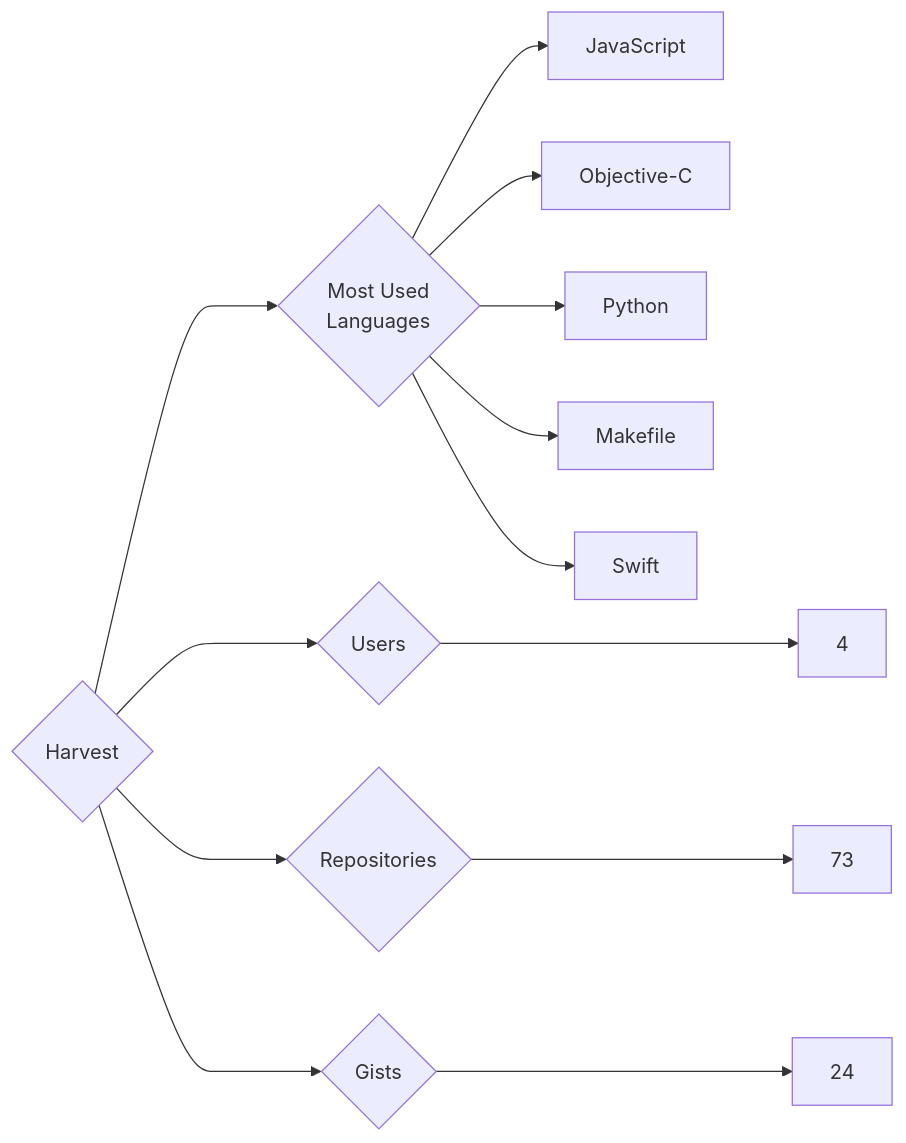
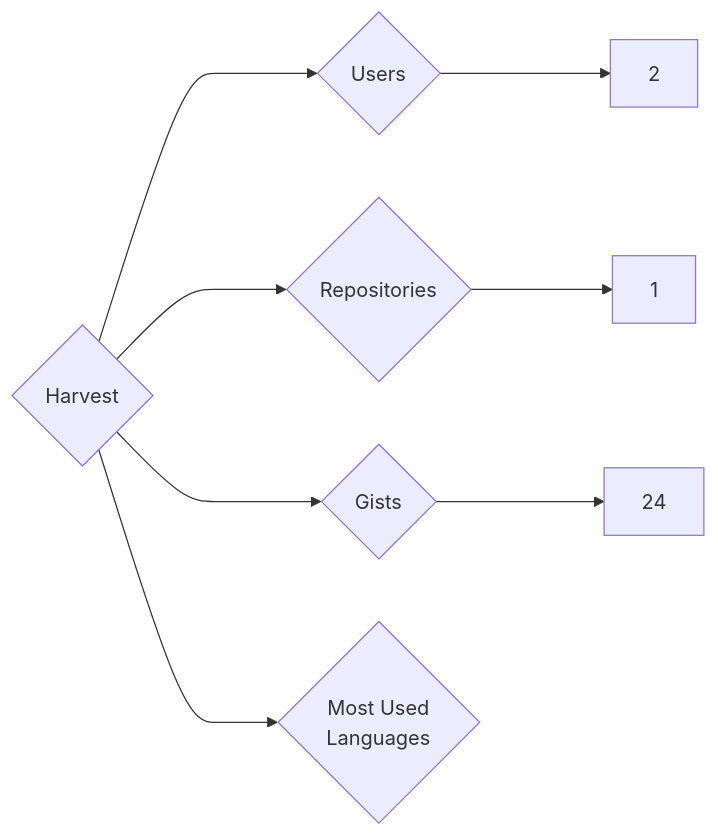
One commit to trickest/insiders changed the diagram in targets/Harvest/README.md. Above: the diagram before and after it, drawn with Mermaid. The commit also changed 724 other files, not shown here.

````diff
--- a/targets/Harvest/README.md
+++ b/targets/Harvest/README.md
@@ -3,13 +3,8 @@
 ```mermaid
 graph LR
 COMPANY_NAME{Harvest}
-COMPANY_NAME ---> U{Users} ---> UN[4]
-COMPANY_NAME ---> R{Repositories} ---> RN[73]
+COMPANY_NAME ---> U{Users} ---> UN[2]
+COMPANY_NAME ---> R{Repositories} ---> RN[1]
 COMPANY_NAME ---> G{Gists} ---> GN[24]
 COMPANY_NAME ---> ML{Most Used<br>Languages}
-ML --> JavaScript[JavaScript]
-ML --> Objective-C[Objective-C]
-ML --> Python[Python]
-ML --> Makefile[Makefile]
-ML --> Swift[Swift]
 ```
````
